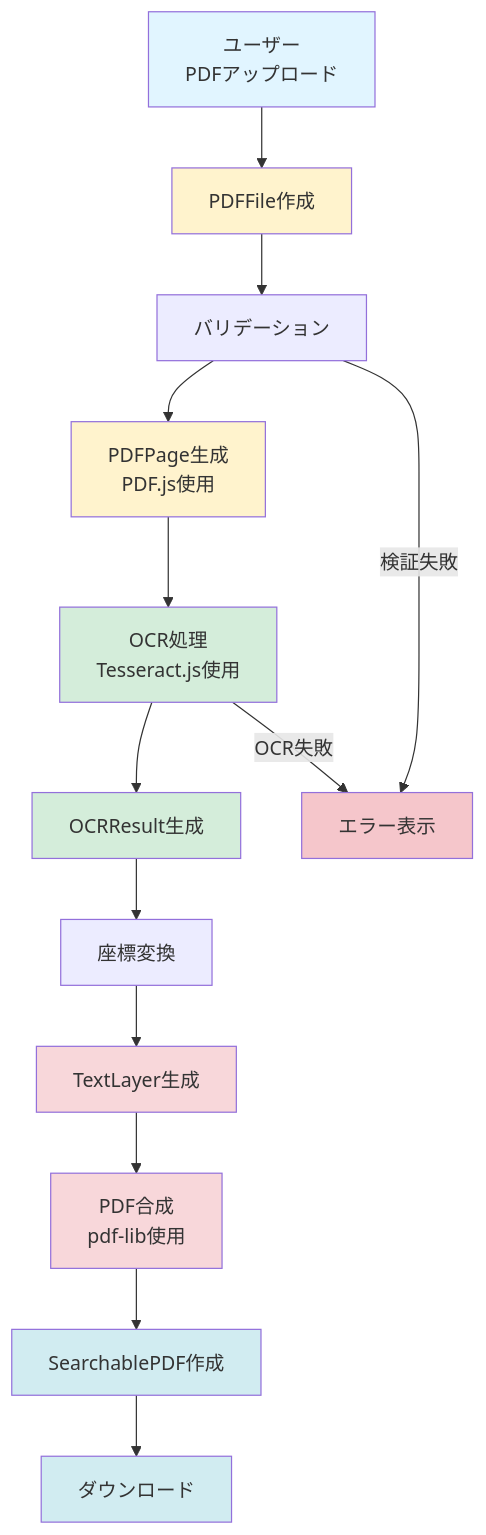
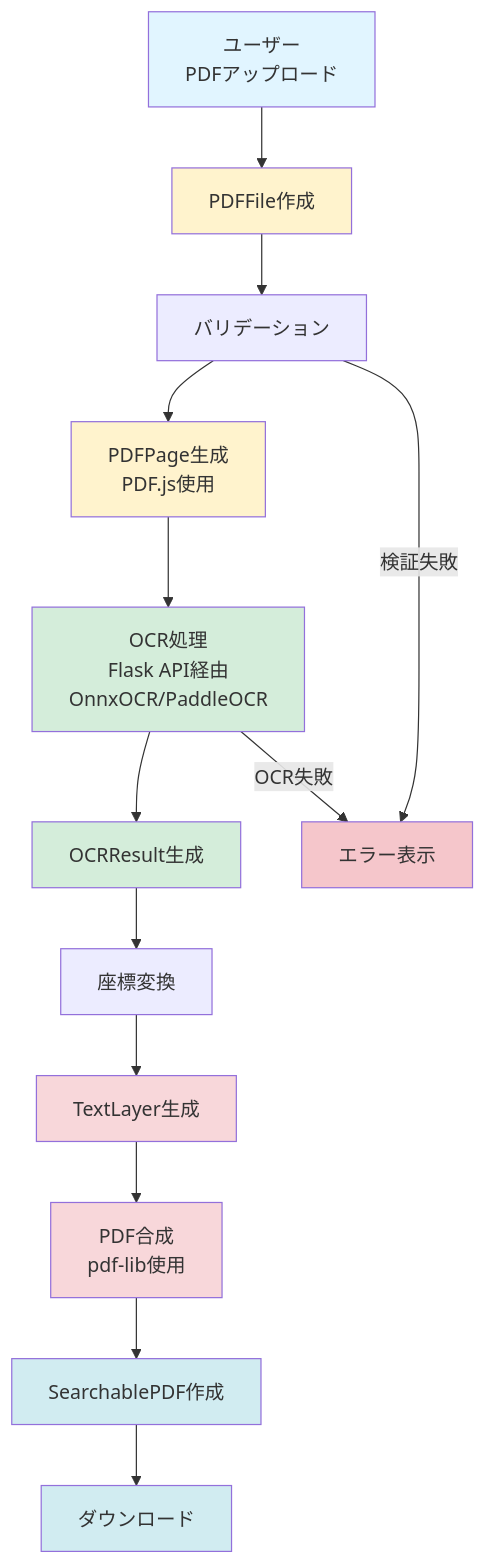
Before and after one commit to J1921604/OCR-PDF-Converter: the fourth of 6 diagrams in specs/001-OCR-PDF-Converter/data-model.md, drawn with Mermaid. The commit also changed other lines of this file and 254 other files, not shown here.

First line of the commit message:
docs: tesseract.jsへの記載を全削除、Python Backend (OnnxOCR/PaddleOCR)に統一

````diff
--- a/specs/001-OCR-PDF-Converter/data-model.md
+++ b/specs/001-OCR-PDF-Converter/data-model.md
@@ -378,27 +378,27 @@
 ```mermaid
 flowchart TD
     A[ユーザー<br/>PDFアップロード] --> B[PDFFile作成]
     B --> C[バリデーション]
     C --> D[PDFPage生成<br/>PDF.js使用]
-    D --> E[OCR処理<br/>Tesseract.js使用]
+    D --> E[OCR処理<br/>Flask API経由<br/>OnnxOCR/PaddleOCR]
     E --> F[OCRResult生成]
     F --> G[座標変換]
     G --> H[TextLayer生成]
     H --> I[PDF合成<br/>pdf-lib使用]
     I --> J[SearchablePDF作成]
     J --> K[ダウンロード]
     
     C -->|検証失敗| L[エラー表示]
     E -->|OCR失敗| L
     
     style A fill:#e1f5ff
     style B fill:#fff3cd
     style D fill:#fff3cd
     style E fill:#d4edda
     style F fill:#d4edda
     style H fill:#f8d7da
     style I fill:#f8d7da
     style J fill:#d1ecf1
     style K fill:#d1ecf1
     style L fill:#f5c6cb
 ```
````
